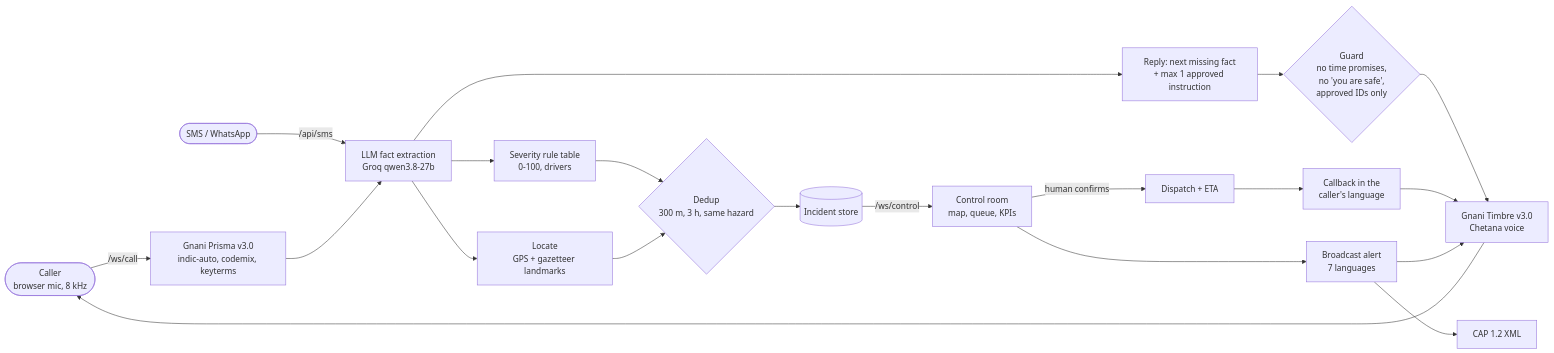
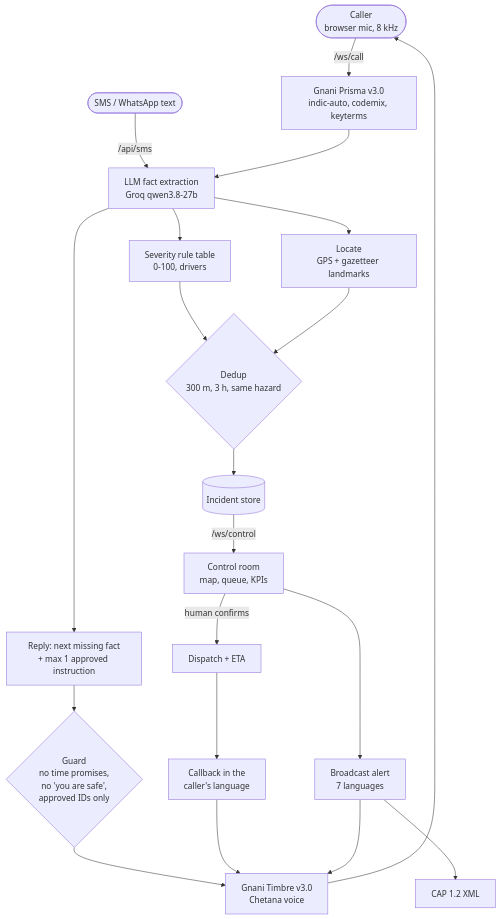
The diagram in README.md (nitya-prakash-pandey-2005/pukaar), drawn with Mermaid before and after one commit. The commit also changed other lines of this file, not shown here.

Commit message:
docs: README tagline, SMS endpoint wording, top-to-bottom diagram

````diff
--- a/README.md
+++ b/README.md
@@ -200,22 +200,22 @@
 ```mermaid
-flowchart LR
+flowchart TB
     caller(["Caller<br/>browser mic, 8 kHz"]) -->|"/ws/call"| prisma["Gnani Prisma v3.0<br/>indic-auto, codemix, keyterms"]
-    sms(["SMS / WhatsApp"]) -->|"/api/sms"| extract
+    sms(["SMS / WhatsApp text"]) -->|"/api/sms"| extract
     prisma --> extract["LLM fact extraction<br/>Groq qwen3.8-27b"]
     extract --> rules["Severity rule table<br/>0-100, drivers"]
     extract --> locate["Locate<br/>GPS + gazetteer landmarks"]
     rules --> dedup{"Dedup<br/>300 m, 3 h, same hazard"}
     locate --> dedup
     dedup --> incident[("Incident store")]
     extract --> reply["Reply: next missing fact<br/>+ max 1 approved instruction"]
     reply --> guard{"Guard<br/>no time promises,<br/>no 'you are safe',<br/>approved IDs only"}
     guard --> timbre["Gnani Timbre v3.0<br/>Chetana voice"]
     timbre --> caller
     incident -->|"/ws/control"| room["Control room<br/>map, queue, KPIs"]
     room -->|"human confirms"| dispatch["Dispatch + ETA"]
     dispatch --> callback["Callback in the<br/>caller's language"]
     callback --> timbre
     room --> broadcast["Broadcast alert<br/>7 languages"]
     broadcast --> timbre
     broadcast --> cap["CAP 1.2 XML"]
 ```
````
